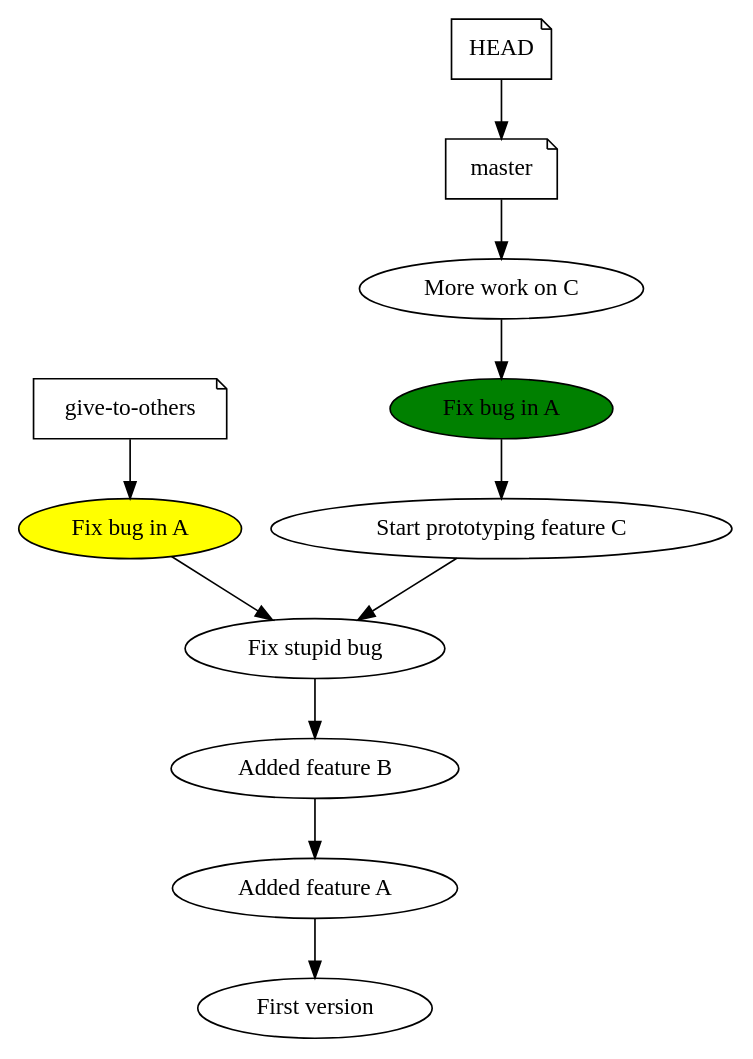
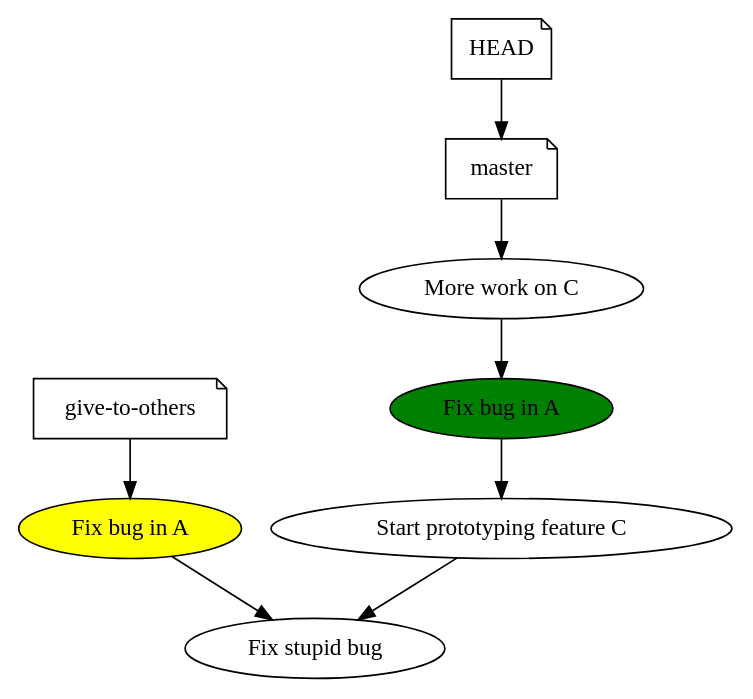
The diagram in single_dude2.dot (rjw57/do-you-git-it), drawn with Graphviz before and after one commit. The commit also changed 7 other files, not shown here.

```diff
--- a/single_dude2.dot
+++ b/single_dude2.dot
@@ -1,16 +1,16 @@
 digraph single_dude {
     "give-to-others" [ shape=note ];
     "master" [ shape=note ];
 
     "HEAD" [ shape=note ];
 
     c1 [ label = "Fix bug in A", style=filled, fillcolor=green ];
     c2 [ label = "Fix bug in A", style=filled, fillcolor=yellow ];
 
-    "More work on C" -> c1 -> "Start prototyping feature C" -> "Fix stupid bug" -> "Added feature B" -> "Added feature A" -> "First version";
+    "More work on C" -> c1 -> "Start prototyping feature C" -> "Fix stupid bug"
     c2 -> "Fix stupid bug";
 
     "HEAD" -> "master";
     "master" -> "More work on C";
     "give-to-others" -> c2;
 }
```
